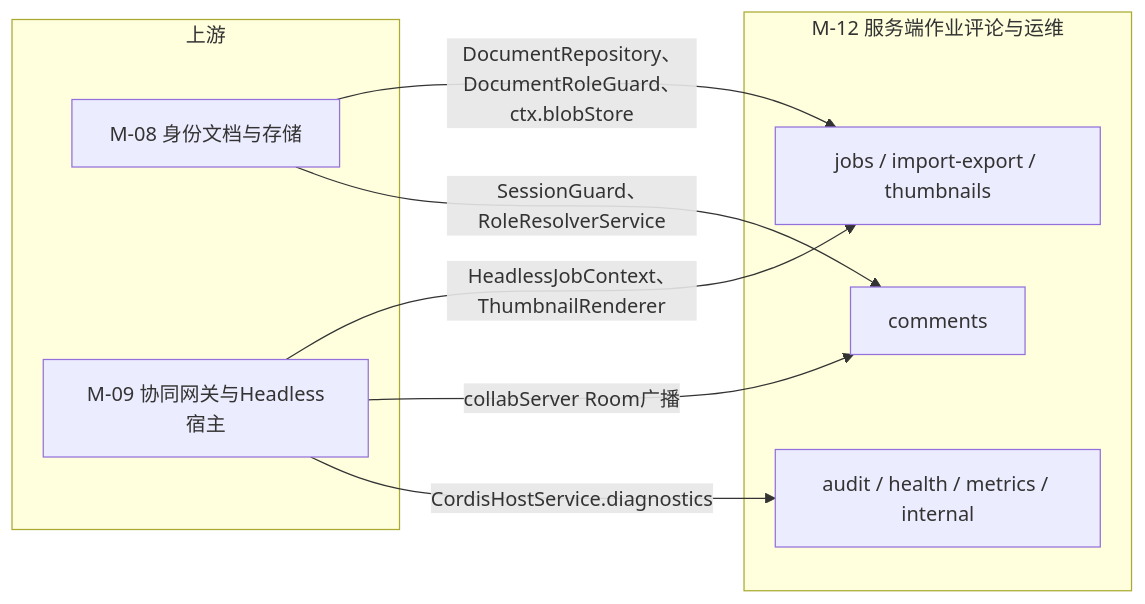
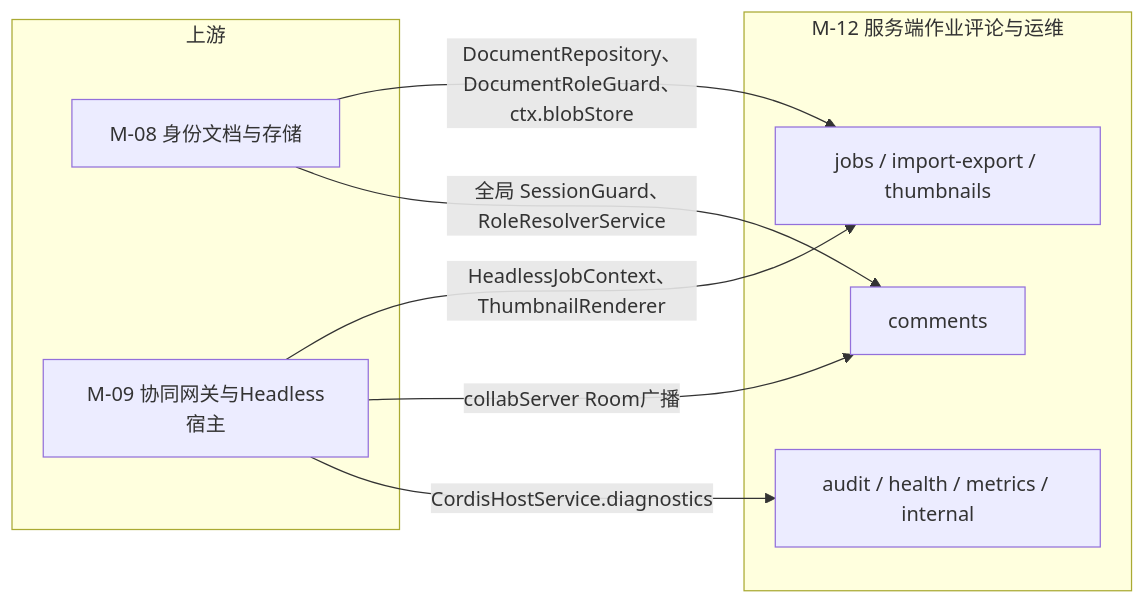
The first of 9 diagrams in docs/40-modules/12-server-jobs-comments-and-ops.md (Xeonice/cordis-ppt-editor), drawn with Mermaid before and after one commit. The commit also changed other lines of this file and 22 other files, not shown here.

First line of the commit message:
docs(modules): 新增架构图集 18/19，补图并按 §4.18 回写模块设计线

````diff
--- a/docs/40-modules/12-server-jobs-comments-and-ops.md
+++ b/docs/40-modules/12-server-jobs-comments-and-ops.md
@@ -26,17 +26,17 @@
 ```mermaid
 flowchart LR
 subgraph up["上游"]
   m08["M-08 身份文档与存储"]
   m09["M-09 协同网关与Headless宿主"]
 end
 subgraph mod["M-12 服务端作业评论与运维"]
   jobsMod["jobs / import-export / thumbnails"]
   commentsMod["comments"]
   opsMod["audit / health / metrics / internal"]
 end
 m08 -- "DocumentRepository、DocumentRoleGuard、ctx.blobStore" --> jobsMod
 m09 -- "HeadlessJobContext、ThumbnailRenderer" --> jobsMod
 m09 -- "collabServer Room广播" --> commentsMod
-m08 -- "SessionGuard、RoleResolverService" --> commentsMod
+m08 -- "全局 SessionGuard、RoleResolverService" --> commentsMod
 m09 -- "CordisHostService.diagnostics" --> opsMod
 ```
````
